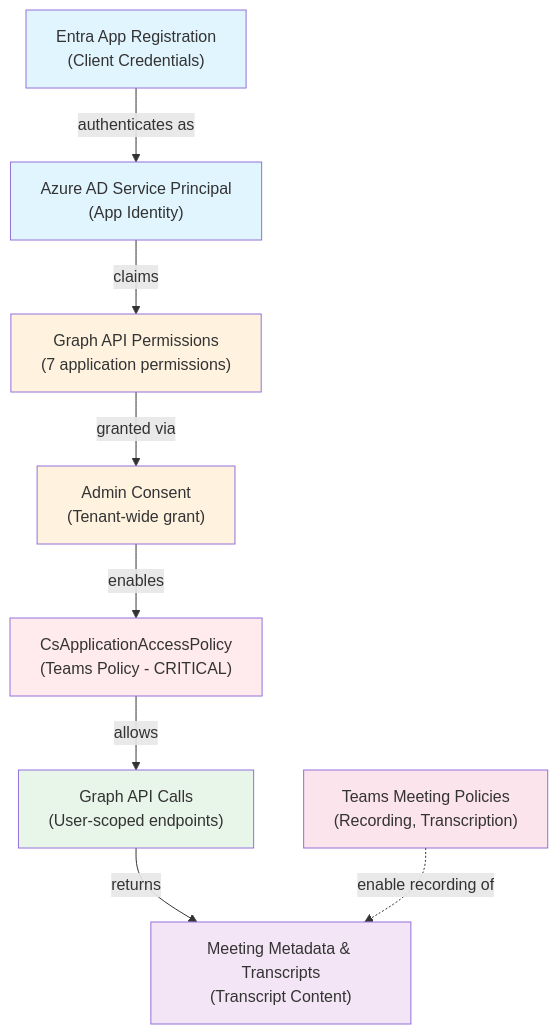
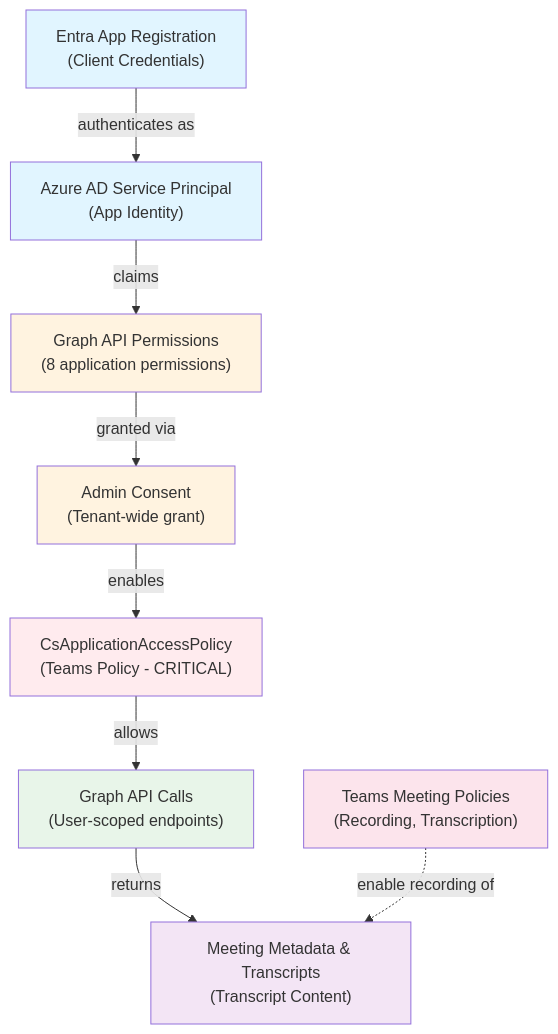
The diagram in ACCESS_AND_PERMISSIONS.md (ivegamsft/teams-meeting-fetcher), drawn with Mermaid before and after one commit. The commit also changed other lines of this file, not shown here.

First line of the commit message:
docs: add SPN permission matrix to ACCESS_AND_PERMISSIONS.md

````diff
--- a/ACCESS_AND_PERMISSIONS.md
+++ b/ACCESS_AND_PERMISSIONS.md
@@ -27,25 +28,25 @@
 ```mermaid
 graph TD
     A["Entra App Registration<br/>(Client Credentials)"] -->|authenticates as| B["Azure AD Service Principal<br/>(App Identity)"]
 
-    B -->|claims| C["Graph API Permissions<br/>(7 application permissions)"]
+    B -->|claims| C["Graph API Permissions<br/>(8 application permissions)"]
 
     C -->|granted via| D["Admin Consent<br/>(Tenant-wide grant)"]
 
     D -->|enables| E["CsApplicationAccessPolicy<br/>(Teams Policy - CRITICAL)"]
 
     E -->|allows| F["Graph API Calls<br/>(User-scoped endpoints)"]
 
     F -->|returns| G["Meeting Metadata & Transcripts<br/>(Transcript Content)"]
 
     H["Teams Meeting Policies<br/>(Recording, Transcription)"] -.->|enable recording of| G
 
     style A fill:#e1f5ff
     style B fill:#e1f5ff
     style C fill:#fff3e0
     style D fill:#fff3e0
     style E fill:#ffebee
     style F fill:#e8f5e9
     style G fill:#f3e5f5
     style H fill:#fce4ec
 ```
````
